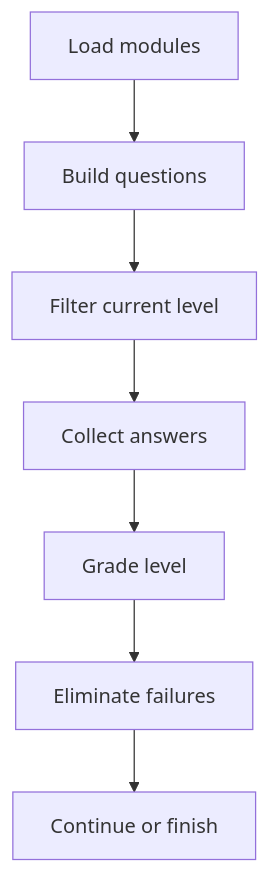
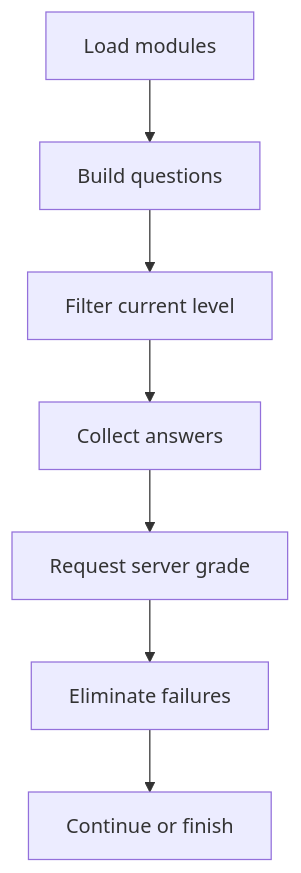
One commit to JohnAndrewBalbarosa/NeoTerritory changed the diagram in docs/Codebase/Frontend/src/components/learn/LearningAssessmentPage.tsx.md. Above: the diagram before and after it, drawn with Mermaid. The commit also changed other lines of this file and 30 other files, not shown here.

````diff
--- a/docs/Codebase/Frontend/src/components/learn/LearningAssessmentPage.tsx.md
+++ b/docs/Codebase/Frontend/src/components/learn/LearningAssessmentPage.tsx.md
@@ -11,9 +11,9 @@
 ```mermaid
 flowchart TD
     A[Load modules] --> B[Build questions]
     B --> C[Filter current level]
     C --> D[Collect answers]
-    D --> E[Grade level]
+    D --> E[Request server grade]
     E --> F[Eliminate failures]
     F --> G[Continue or finish]
 ```
````
